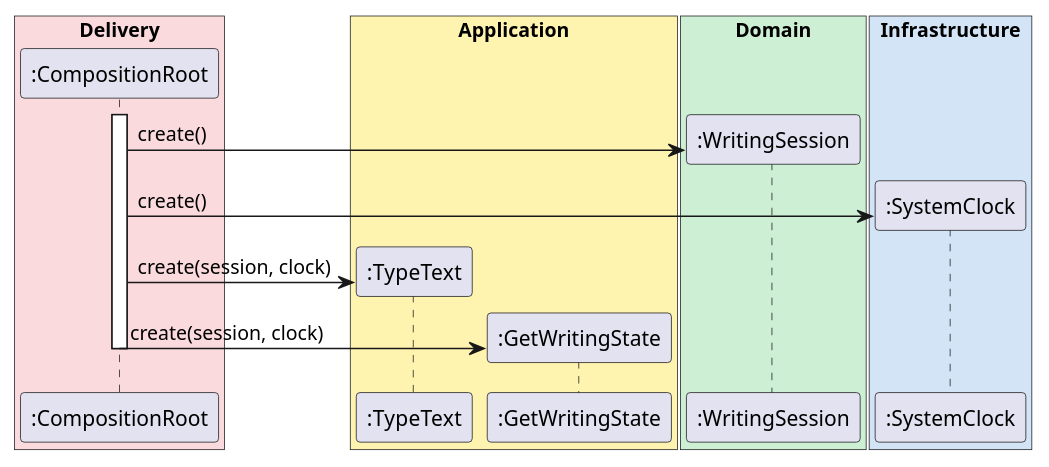
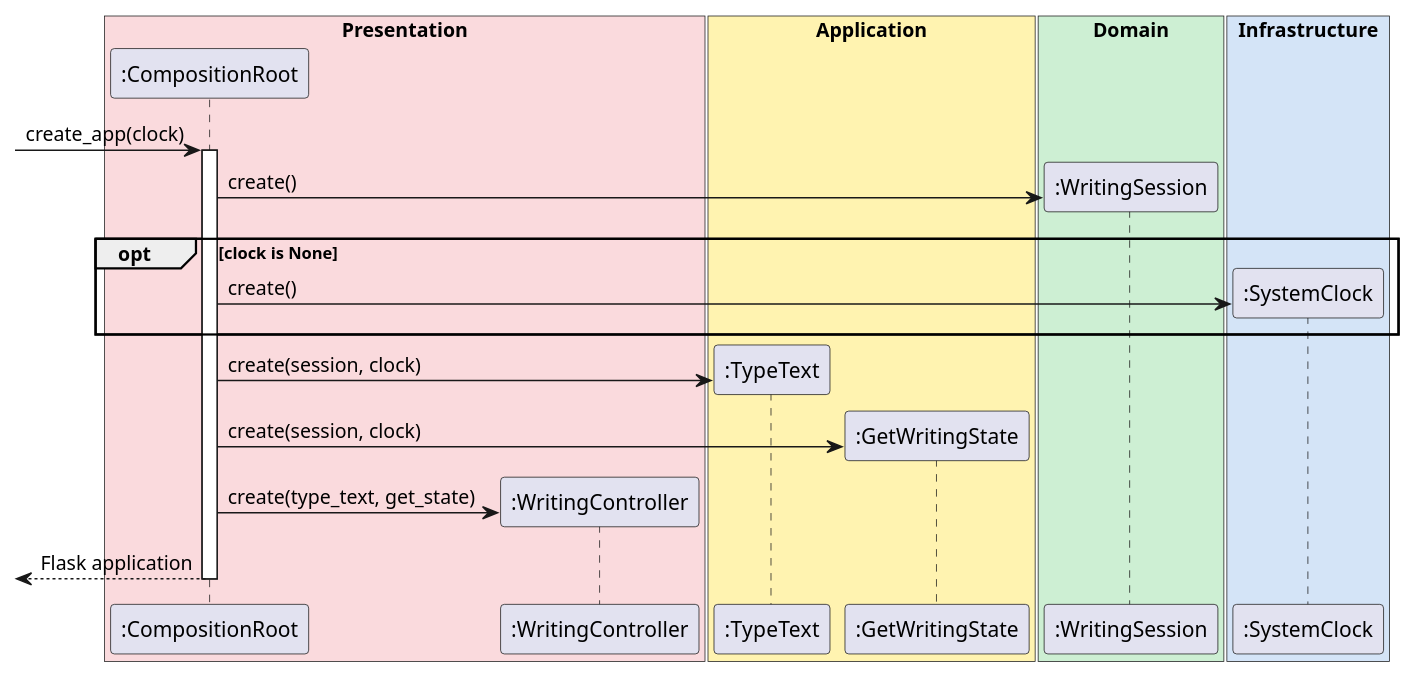
Before and after one commit to Tirsvad-Udemy-100-days-of-code/090-assignment-disappearing-text-writing-app: the first of 3 diagrams in docs/use-cases/uc-001/sd.md, drawn with PlantUML. The commit also changed other lines of this file and 8 other files, not shown here.

Commit message:
Design the Flask presentation layer in the class diagrams (MIL-003)

````diff
--- a/docs/use-cases/uc-001/sd.md
+++ b/docs/use-cases/uc-001/sd.md
@@ -29,23 +29,29 @@
 ```plantuml
 @startuml
-box "Delivery" #FADADD
+box "Presentation" #FADADD
 participant ":CompositionRoot" as CR
+participant ":WritingController" as WC
 end box
 box "Application" #FFF3B0
 participant ":TypeText" as TT
 participant ":GetWritingState" as GS
 end box
 box "Domain" #CDEFD3
 participant ":WritingSession" as WS
 end box
 box "Infrastructure" #D4E4F7
 participant ":SystemClock" as SC
 end box
+[-> CR : create_app(clock)
 activate CR
 CR -> WS ** : create()
-CR -> SC ** : create()
+opt clock is None
+  CR -> SC ** : create()
+end
 CR -> TT ** : create(session, clock)
 CR -> GS ** : create(session, clock)
+CR -> WC ** : create(type_text, get_state)
+[<-- CR : Flask application
 deactivate CR
 @enduml
 ```
````
